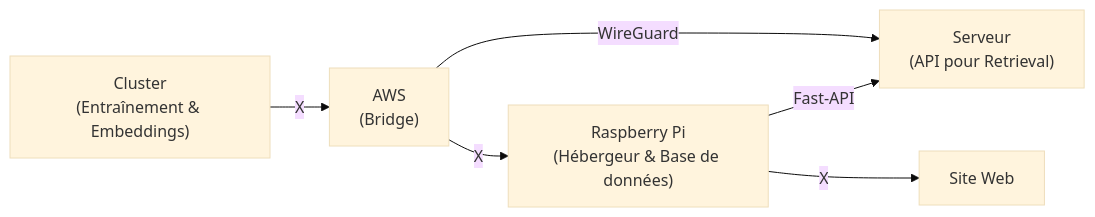
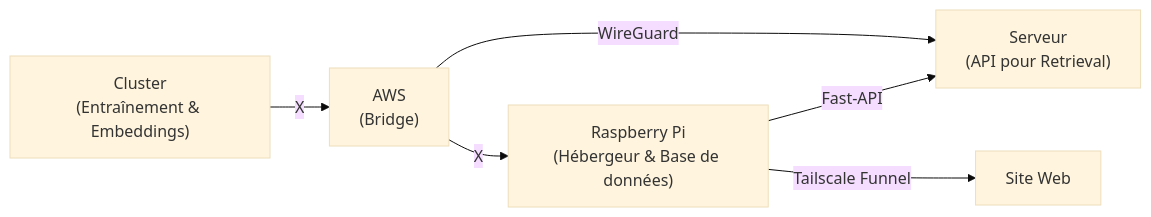
The diagram in resume.md (BigDataSmallBrain/document), drawn with Mermaid (base theme) before and after one commit. The commit also changed other lines of this file and 3 other files, not shown here.

````diff
--- a/resume.md
+++ b/resume.md
@@ -26,14 +26,14 @@
 ```mermaid
 flowchart LR
     Cluster["Cluster<br/>(Entraînement & Embeddings)"]
     AWS["AWS<br/>(Bridge)"]
     RPI["Raspberry Pi<br/>(Hébergeur & Base de données)"]
     API["Serveur<br/>(API pour Retrieval)"]
     Web["Site Web"]
 
     Cluster -->|X| AWS
     AWS -->|X| RPI
     RPI -->|Fast-API| API
-    RPI -->|X| Web
+    RPI -->|Tailscale Funnel| Web
     AWS -->|WireGuard| API
 ```
````
